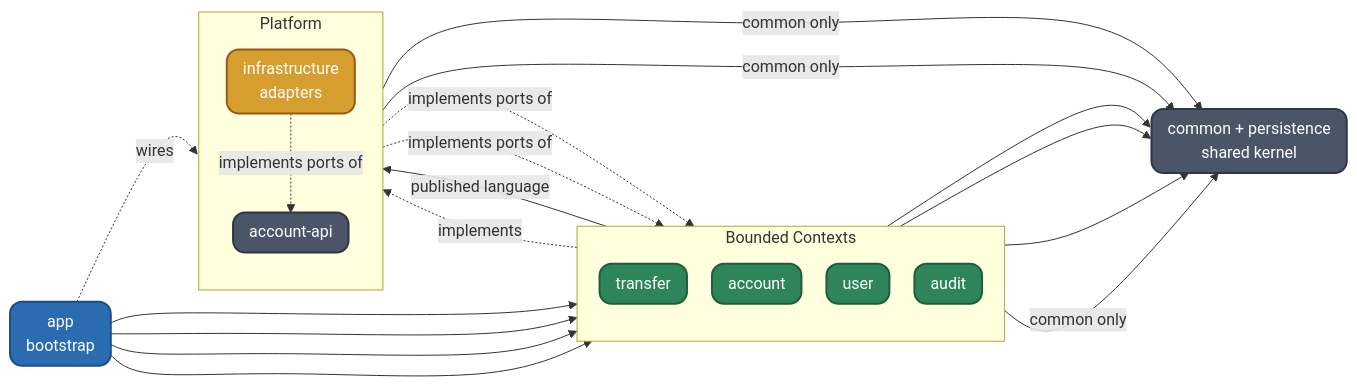
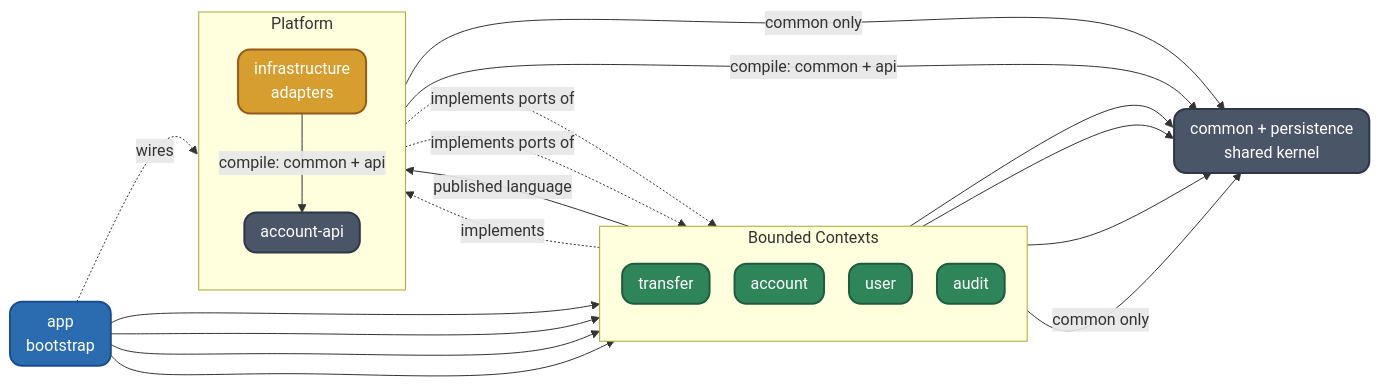
One commit to BerkanApaydin/core-banking changed the diagram in readme.md. Above: the diagram before and after it, drawn with Mermaid. The commit also changed other lines of this file and 66 other files, not shown here.

````diff
--- a/readme.md
+++ b/readme.md
@@ -65,36 +65,36 @@
 ```mermaid
 %%{init: {'flowchart': {'rankSpacing': 0, 'nodeSpacing': 25, 'curve': 'natural', 'padding': 0}}}%%
 graph LR
     classDef boot fill:#2B6CB0,stroke:#1A4E8A,color:#fff,stroke-width:2px,rx:12,ry:12;
     classDef ctx fill:#2F855A,stroke:#1F5C3D,color:#fff,stroke-width:2px,rx:12,ry:12;
     classDef plat fill:#4A5568,stroke:#2D3748,color:#fff,stroke-width:2px,rx:12,ry:12;
     classDef infraC fill:#D69E2E,stroke:#975A16,color:#fff,stroke-width:2px,rx:12,ry:12;
 
     app[app<br/>bootstrap]:::boot
 
     subgraph contexts[Bounded Contexts]
         direction TB
         transfer[transfer]:::ctx
         account[account]:::ctx
         user[user]:::ctx
         audit[audit]:::ctx
     end
 
     subgraph platform[Platform]
         direction TB
         api[account-api]:::plat
         infra[infrastructure<br/>adapters]:::infraC
     end
 
     shared[common + persistence<br/>shared kernel]:::plat
 
     app --> transfer & account & user & audit
     app -. wires .-> infra
     transfer -- published language --> api
     account -. implements .-> api
     transfer & account & user --> shared
     audit -- common only --> shared
     api -- common only --> shared
-    infra -- common only --> shared
-    infra -. implements ports of .-> api & user & audit
+    infra -- compile: common + api --> shared & api
+    infra -. implements ports of .-> user & audit
 ```
````
